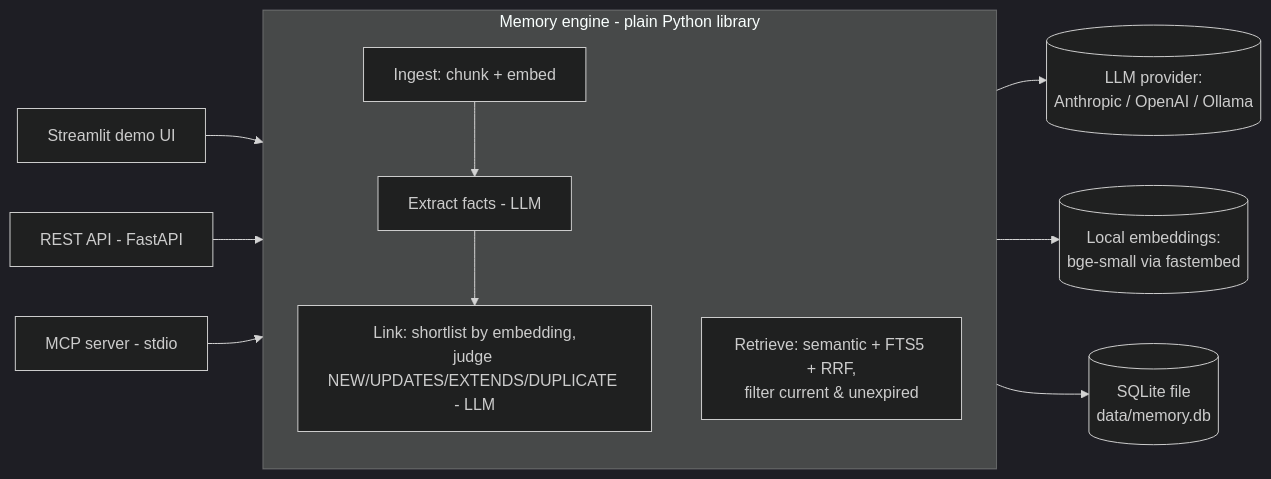
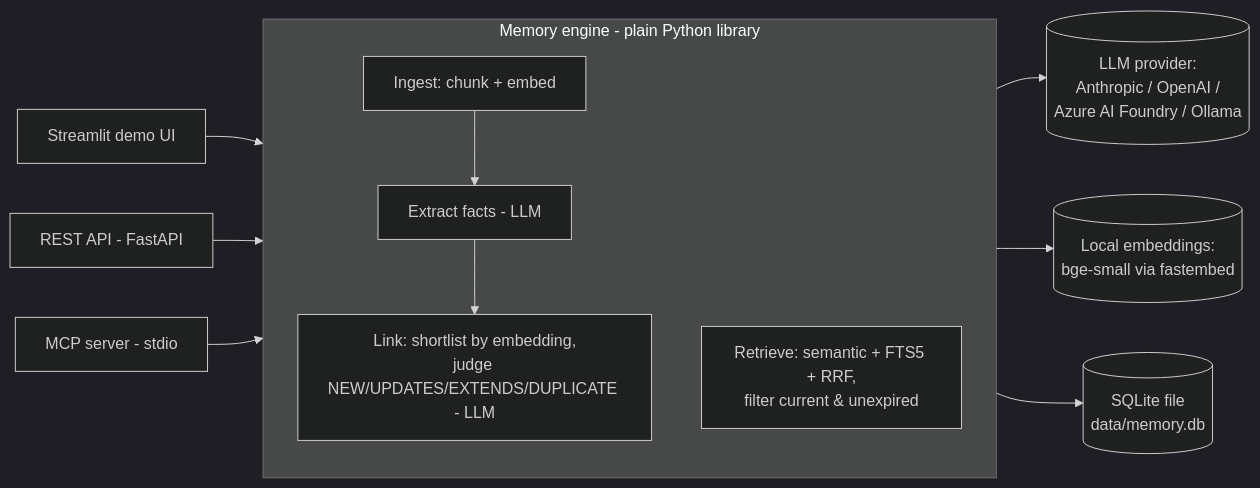
The diagram in README.md (akramlodi/Memory-For-Ai), drawn with Mermaid (dark theme) before and after one commit. The commit also changed other lines of this file and 5 other files, not shown here.

First line of the commit message:
Add Azure AI Foundry as an LLM provider

````diff
--- a/README.md
+++ b/README.md
@@ -67,14 +67,14 @@
 ```mermaid
 flowchart LR
     UI[Streamlit demo UI] --> E
     API[REST API - FastAPI] --> E
     MCP[MCP server - stdio] --> E
     subgraph E[Memory engine - plain Python library]
         ING[Ingest: chunk + embed] --> EXT[Extract facts - LLM]
         EXT --> LNK[Link: shortlist by embedding,<br/>judge NEW/UPDATES/EXTENDS/DUPLICATE - LLM]
         RET[Retrieve: semantic + FTS5 + RRF,<br/>filter current & unexpired]
     end
-    E --> LLM[(LLM provider:<br/>Anthropic / OpenAI / Ollama)]
+    E --> LLM[(LLM provider:<br/>Anthropic / OpenAI /<br/>Azure AI Foundry / Ollama)]
     E --> EMB[(Local embeddings:<br/>bge-small via fastembed)]
     E --> DB[(SQLite file<br/>data/memory.db)]
 ```
````
